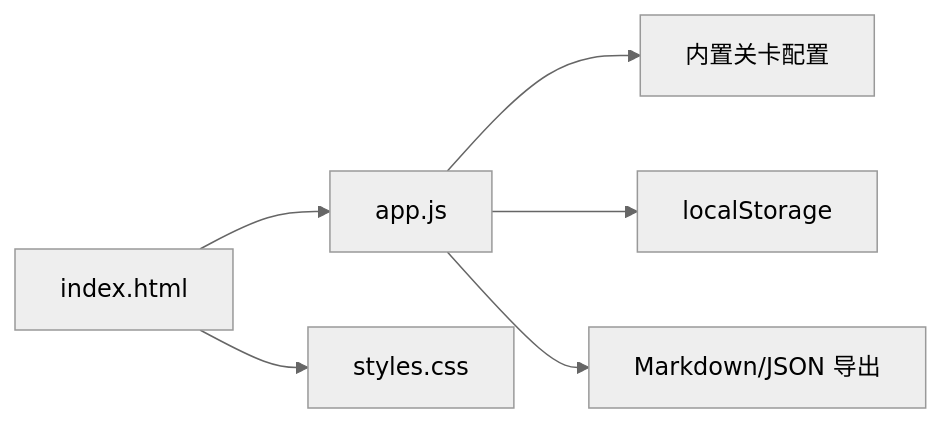
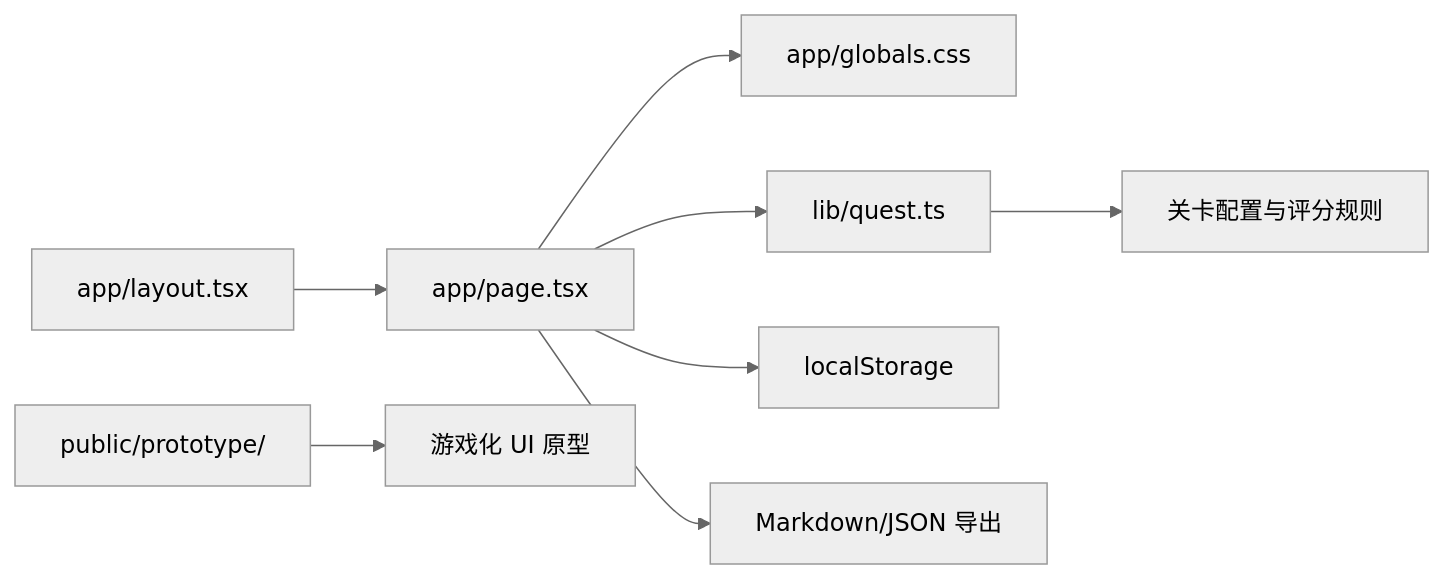
One commit to dzj18879323076-star/User-Experience-Platform changed the diagram in docs/TECH_SPEC.md. Above: the diagram before and after it, drawn with Mermaid (neutral theme). The commit also changed other lines of this file and 18 other files, not shown here.

````diff
--- a/docs/TECH_SPEC.md
+++ b/docs/TECH_SPEC.md
@@ -16,8 +16,10 @@
 ```mermaid
 flowchart LR
-    A["index.html"] --> B["app.js"]
-    A --> C["styles.css"]
-    B --> D["内置关卡配置"]
-    B --> E["localStorage"]
-    B --> F["Markdown/JSON 导出"]
+    A["app/layout.tsx"] --> B["app/page.tsx"]
+    B --> C["app/globals.css"]
+    B --> D["lib/quest.ts"]
+    D --> E["关卡配置与评分规则"]
+    B --> F["localStorage"]
+    B --> G["Markdown/JSON 导出"]
+    H["public/prototype/"] --> I["游戏化 UI 原型"]
 ```
````
